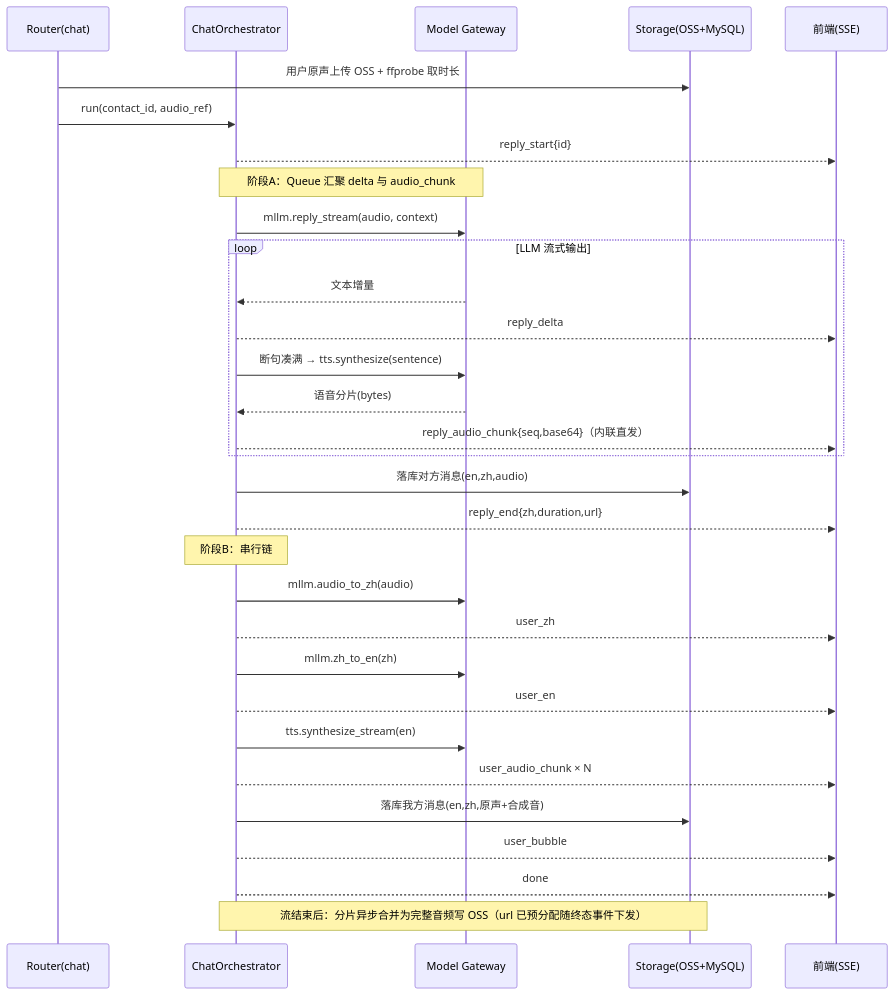
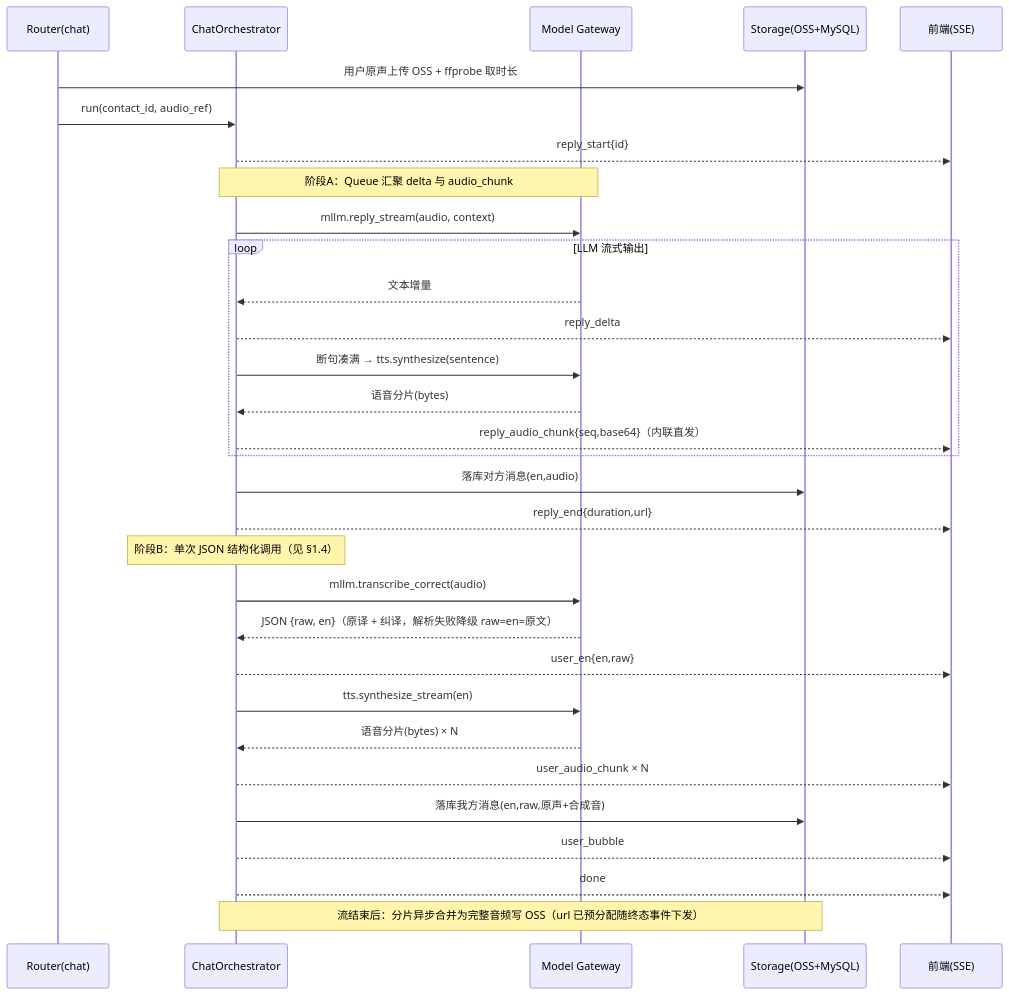
Before and after one commit to renxiubang/englishlearn-v2: the third of 6 diagrams in web/docs/architecture.md, drawn with Mermaid. The commit also changed other lines of this file and 17 other files, not shown here.

````diff
--- a/web/docs/architecture.md
+++ b/web/docs/architecture.md
@@ -163,34 +190,34 @@
 ```mermaid
 sequenceDiagram
     participant R as Router(chat)
     participant O as ChatOrchestrator
     participant G as Model Gateway
     participant S as Storage(OSS+MySQL)
     participant FE as 前端(SSE)
 
     R->>S: 用户原声上传 OSS + ffprobe 取时长
     R->>O: run(contact_id, audio_ref)
     O-->>FE: reply_start{id}
     Note over O,G: 阶段A：Queue 汇聚 delta 与 audio_chunk
     O->>G: mllm.reply_stream(audio, context)
     loop LLM 流式输出
         G-->>O: 文本增量
         O-->>FE: reply_delta
         O->>G: 断句凑满 → tts.synthesize(sentence)
         G-->>O: 语音分片(bytes)
         O-->>FE: reply_audio_chunk{seq,base64}（内联直发）
     end
-    O->>S: 落库对方消息(en,zh,audio)
-    O-->>FE: reply_end{zh,duration,url}
-    Note over O: 阶段B：串行链
-    O->>G: mllm.audio_to_zh(audio)
-    O-->>FE: user_zh
-    O->>G: mllm.zh_to_en(zh)
-    O-->>FE: user_en
+    O->>S: 落库对方消息(en,audio)
+    O-->>FE: reply_end{duration,url}
+    Note over O: 阶段B：单次 JSON 结构化调用（见 §1.4）
+    O->>G: mllm.transcribe_correct(audio)
+    G-->>O: JSON {raw, en}（原译 + 纠译，解析失败降级 raw=en=原文）
+    O-->>FE: user_en{en,raw}
     O->>G: tts.synthesize_stream(en)
+    G-->>O: 语音分片(bytes) × N
     O-->>FE: user_audio_chunk × N
-    O->>S: 落库我方消息(en,zh,原声+合成音)
+    O->>S: 落库我方消息(en,raw,原声+合成音)
     O-->>FE: user_bubble
     O-->>FE: done
     Note over O,S: 流结束后：分片异步合并为完整音频写 OSS（url 已预分配随终态事件下发）
 ```
````
